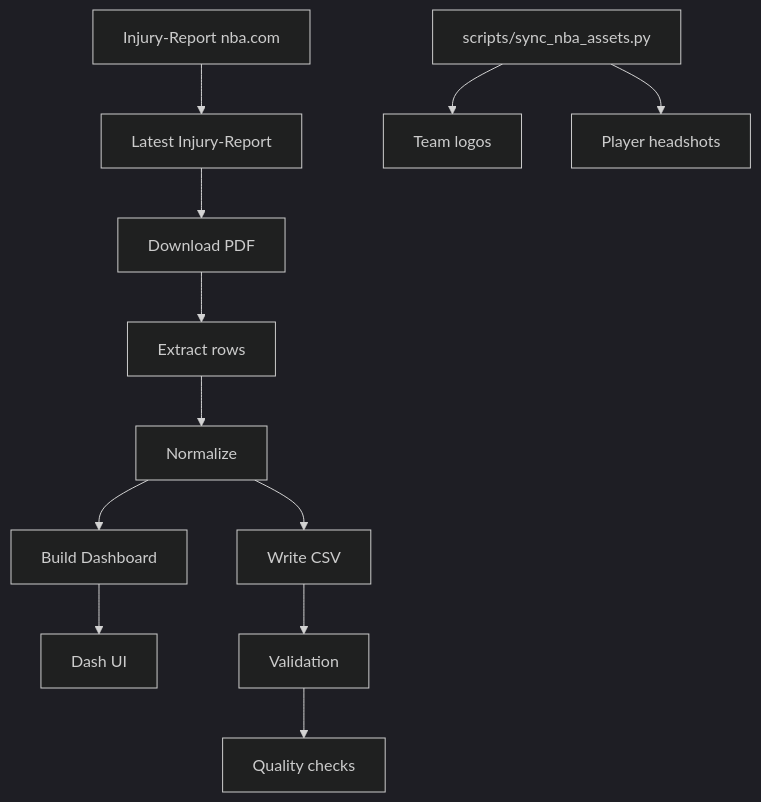
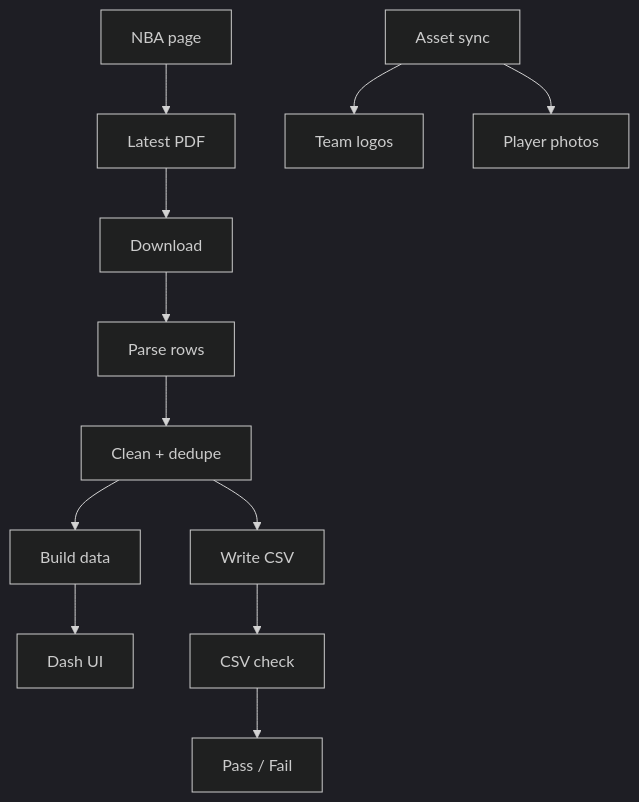
Before and after one commit to LucasB19/NBA-Injury-Report: the diagram in README.md, drawn with Mermaid (dark theme).

Commit message:
docs: simplify mermaid pipeline labels

````diff
--- a/README.md
+++ b/README.md
@@ -20,16 +20,16 @@
 ```mermaid
 flowchart TD
-  A[Injury-Report nba.com             ] --> B[Latest Injury-Report]
-  B --> C[Download PDF]
-  C --> D[Extract rows]
-  D --> E[Normalize]
+  A[NBA page] --> B[Latest PDF]
+  B --> C[Download]
+  C --> D[Parse rows]
+  D --> E[Clean + dedupe]
   E --> F[Write CSV]
-  E --> G[Build Dashboard]
+  E --> G[Build data]
   G --> H[Dash UI]
 
-  I[scripts/sync_nba_assets.py] --> J[Team logos]
-  I --> K[Player headshots]
+  I[Asset sync] --> J[Team logos]
+  I --> K[Player photos]
 
-  F --> L[Validation]
-  L --> M[Quality checks]
+  F --> L[CSV check]
+  L --> M[Pass / Fail]
 ```
````
